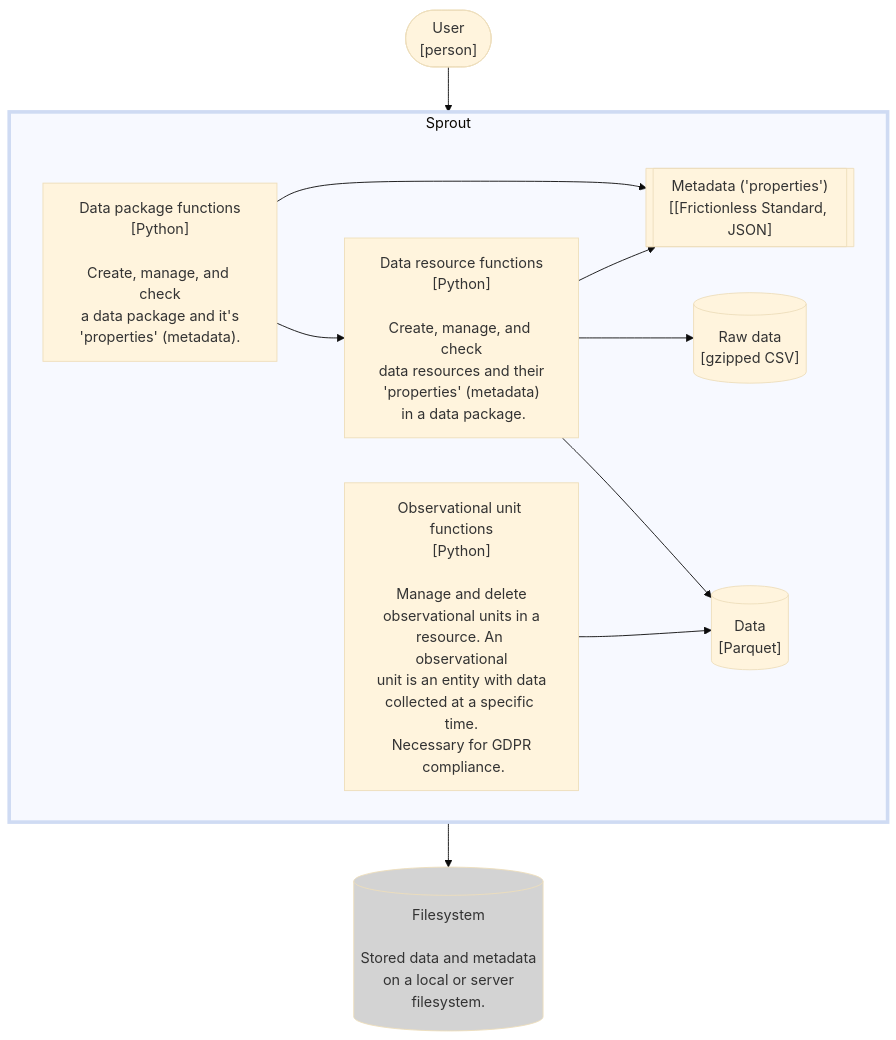
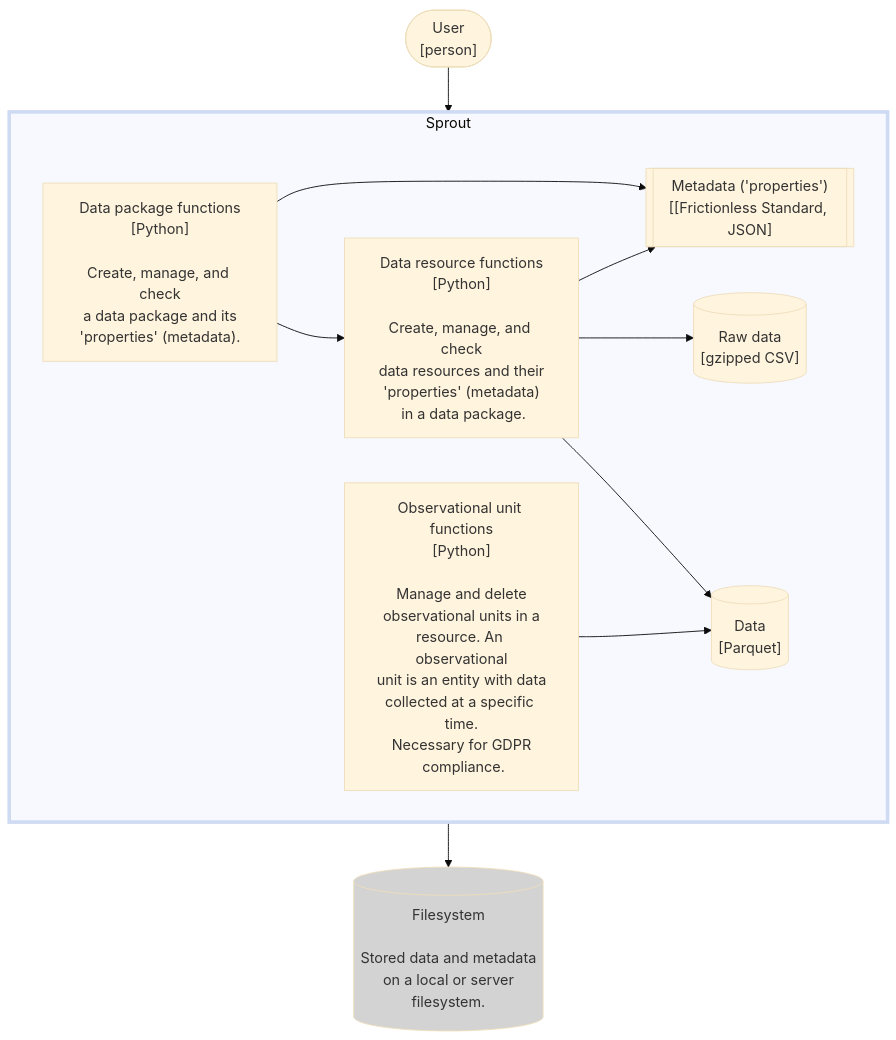
One commit to seedcase-project/seedcase-sprout changed the second of 2 diagrams in docs/design/architecture/c4-models.qmd. Above: the diagram before and after it, drawn with Mermaid (base theme).

Commit message:
docs: :pencil2: small typo

````diff
--- a/docs/design/architecture/c4-models.qmd
+++ b/docs/design/architecture/c4-models.qmd
@@ -48,26 +48,26 @@
 ```{mermaid}
 %%| fig-cap: "C4 Container diagram showing larger functional parts of Sprout and their connections."
 flowchart TB
     user(["User\n[person]"])
     subgraph sprout [Sprout]
-        package["Data package functions\n[Python]\n\nCreate, manage, and check\na data package and it's\n'properties' (metadata)."]
+        package["Data package functions\n[Python]\n\nCreate, manage, and check\na data package and its\n'properties' (metadata)."]
         resource["Data resource functions\n[Python]\n\nCreate, manage, and check\ndata resources and their\n'properties' (metadata)\n in a data package."]
         obs_unit["Observational unit functions\n[Python]\n\nManage and delete\nobservational units in a\nresource. An observational\nunit is an entity with data\ncollected at a specific time.\nNecessary for GDPR\n compliance."]
         raw[("Raw data\n[gzipped CSV]")]
         data[("Data\n[Parquet]")]
         metadata[["Metadata ('properties')\n[[Frictionless Standard, JSON]"]]
     end
     output[("Filesystem\n\nStored data and metadata\non a local or server\nfilesystem.")]
 
     user --> sprout:::system
     package --> resource
     package --> metadata
     resource --> raw
     resource --> data
     resource --> metadata
     obs_unit --> data
     sprout --> output:::external
 
     classDef system stroke-width:3pt
     classDef external fill:lightgrey
 ```
````
